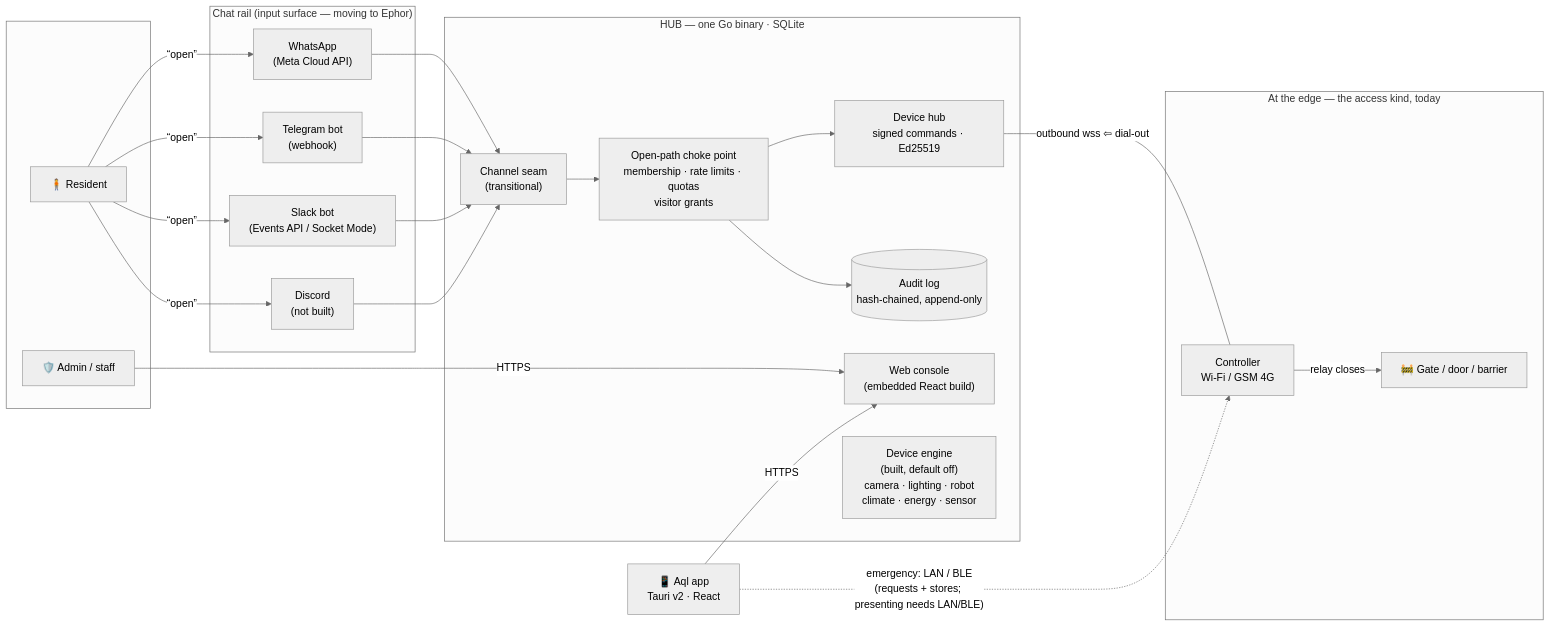
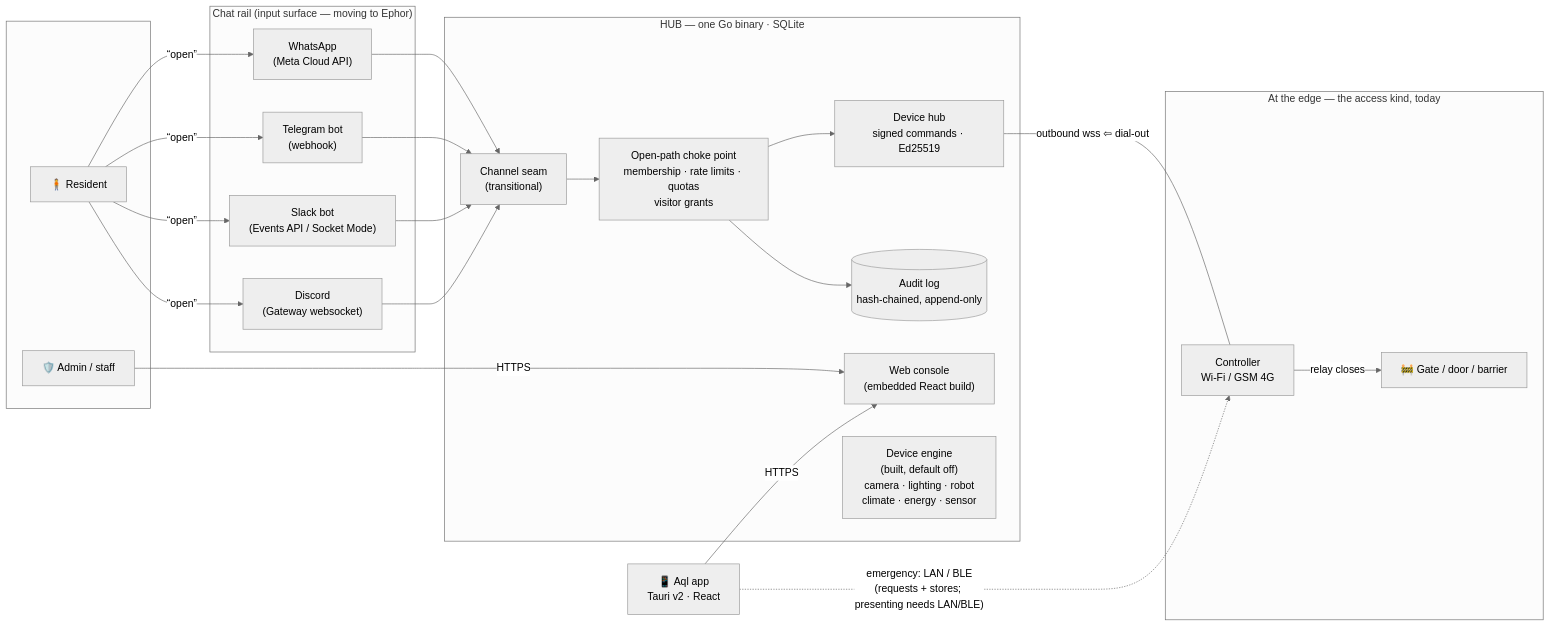
The first of 2 diagrams in ARCHITECTURE.md (vul-os/aql), drawn with Mermaid (neutral theme) before and after one commit. The commit also changed 1 other file, not shown here.

````diff
--- a/ARCHITECTURE.md
+++ b/ARCHITECTURE.md
@@ -68,41 +68,41 @@
 ```mermaid
 flowchart LR
     subgraph people [" "]
         R["🧍 Resident"]
         A["🛡️ Admin / staff"]
     end
 
     subgraph channels ["Chat rail (input surface — moving to Ephor)"]
         WA["WhatsApp<br/>(Meta Cloud API)"]
         TG["Telegram bot<br/>(webhook)"]
         SL["Slack bot<br/>(Events API / Socket Mode)"]
-        DC["Discord<br/>(not built)"]
+        DC["Discord<br/>(Gateway websocket)"]
     end
 
     subgraph gw ["HUB — one Go binary · SQLite"]
         CH["Channel seam<br/>(transitional)"]
         RE["Open-path choke point<br/>membership · rate limits · quotas<br/>visitor grants"]
         PORTAL["Web console<br/>(embedded React build)"]
         HUB["Device hub<br/>signed commands · Ed25519"]
         AUD[("Audit log<br/>hash-chained, append-only")]
         DEV["Device engine<br/>(built, default off)<br/>camera · lighting · robot<br/>climate · energy · sensor"]
     end
 
     subgraph site ["At the edge — the access kind, today"]
         C["Controller<br/>Wi-Fi / GSM 4G"]
         G["🚧 Gate / door / barrier"]
     end
 
     APP["📱 Aql app<br/>Tauri v2 · React"]
 
     R -- "“open”" --> WA & TG & SL & DC
     WA & TG & SL & DC --> CH
     CH --> RE
     A -- HTTPS --> PORTAL
     APP -- HTTPS --> PORTAL
     RE --> HUB
     RE --> AUD
     HUB -- "outbound wss ⇦ dial-out" --- C
     C -- relay closes --> G
     APP -. "emergency: LAN / BLE<br/>(requests + stores; presenting needs LAN/BLE)" .-> C
 ```
````
